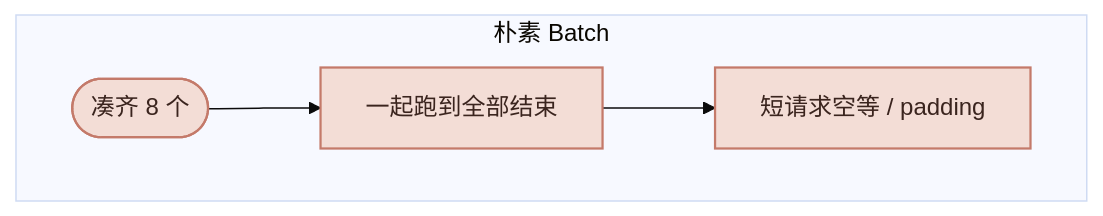
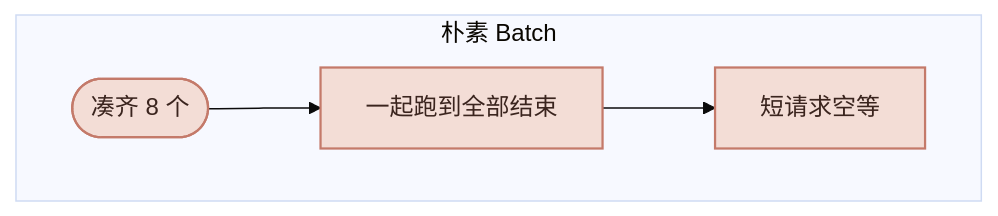
One commit to xiangel/llm-inference-course changed the second of 5 diagrams in src/content/docs/00-introduction.mdx. Above: the diagram before and after it, drawn with Mermaid (base theme). The commit also changed other lines of this file, not shown here.

````diff
--- a/src/content/docs/00-introduction.mdx
+++ b/src/content/docs/00-introduction.mdx
@@ -157,8 +167,8 @@
 ```mermaid
 flowchart TB
   classDef naive fill:#f3ddd6,stroke:#c47a6a,color:#3a241e,stroke-width:1.5px
   subgraph Naive["朴素 Batch"]
     N1(["凑齐 8 个"]):::naive --> N2["一起跑到全部结束"]:::naive
-    N2 --> N3["短请求空等 / padding"]:::naive
+    N2 --> N3["短请求空等"]:::naive
   end
 ```
````
